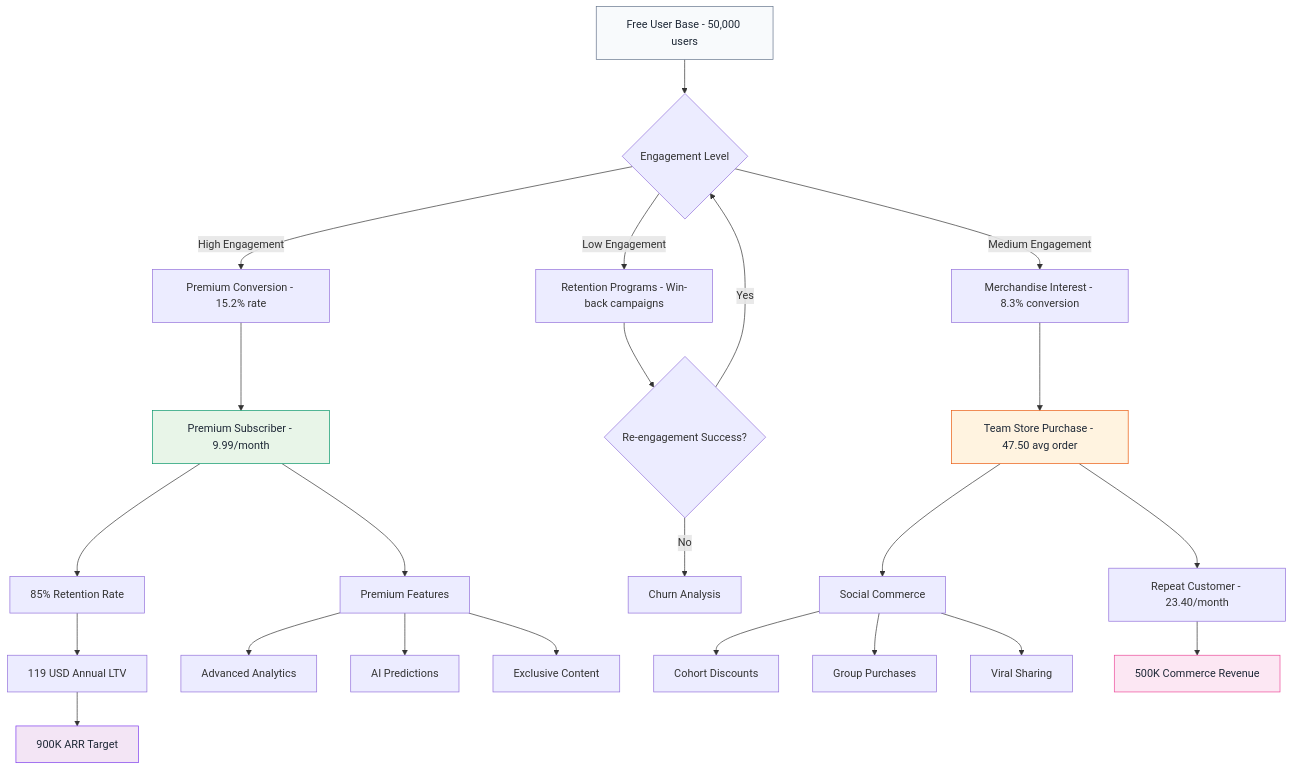
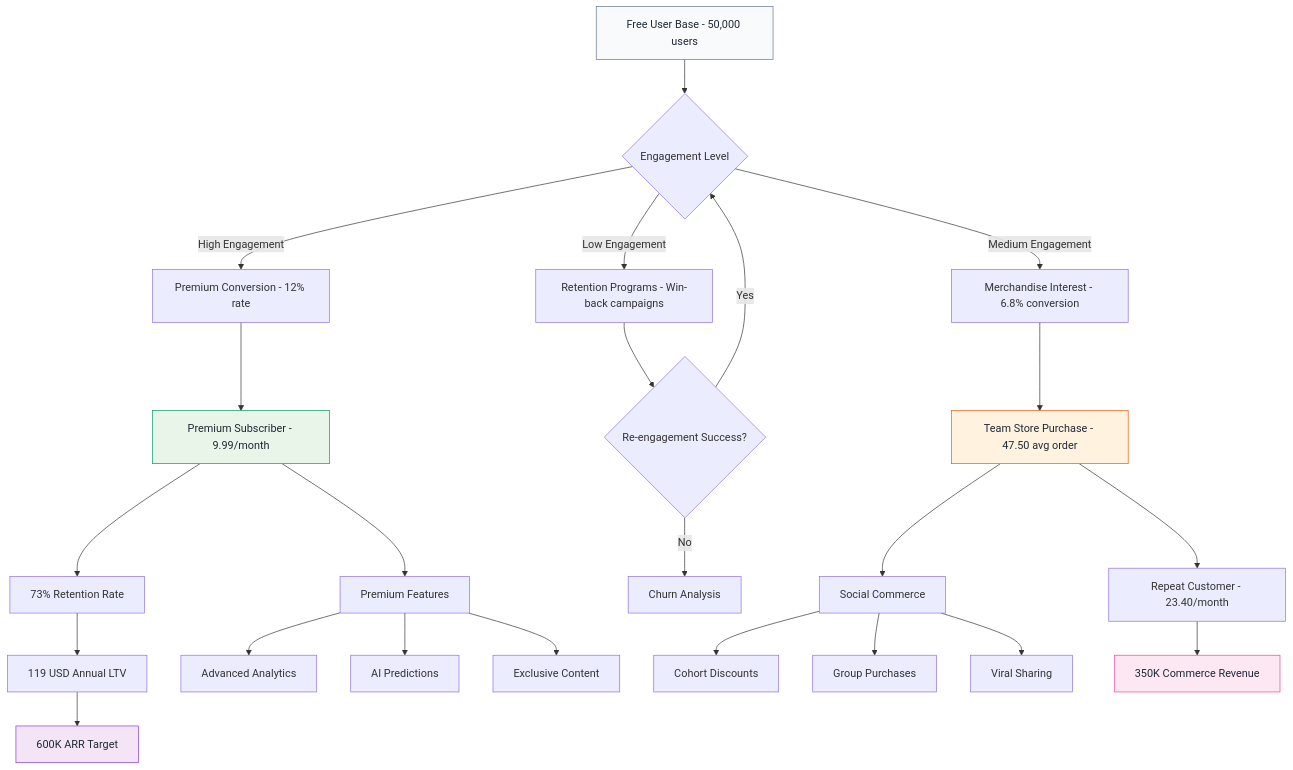
One commit to SkaFld-Ignite/ref-u-wireframes changed the third of 9 diagrams in docs/investor-flows.md. Above: the diagram before and after it, drawn with Mermaid. The commit also changed other lines of this file, not shown here.

Commit message:
Add comprehensive citations and realistic statistics to investor flows

````diff
--- a/docs/investor-flows.md
+++ b/docs/investor-flows.md
@@ -102,38 +132,38 @@
 ```mermaid
 graph TD
     A[Free User Base - 50,000 users] --> B{Engagement Level}
     
-    B -->|High Engagement| C[Premium Conversion - 15.2% rate]
-    B -->|Medium Engagement| D[Merchandise Interest - 8.3% conversion]
+    B -->|High Engagement| C[Premium Conversion - 12% rate]
+    B -->|Medium Engagement| D[Merchandise Interest - 6.8% conversion]
     B -->|Low Engagement| E[Retention Programs - Win-back campaigns]
     
     C --> F[Premium Subscriber - 9.99/month]
-    F --> G[85% Retention Rate]
+    F --> G[73% Retention Rate]
     G --> H[119 USD Annual LTV]
     
     D --> I[Team Store Purchase - 47.50 avg order]
     I --> J[Repeat Customer - 23.40/month]
     
     E --> K{Re-engagement Success?}
     K -->|Yes| B
     K -->|No| L[Churn Analysis]
     
     F --> M[Premium Features]
     M --> N[Advanced Analytics]
     M --> O[AI Predictions]
     M --> P[Exclusive Content]
     
     I --> Q[Social Commerce]
     Q --> R[Cohort Discounts]
     Q --> S[Group Purchases]
     Q --> T[Viral Sharing]
     
-    H --> U[900K ARR Target]
-    J --> V[500K Commerce Revenue]
+    H --> U[600K ARR Target]
+    J --> V[350K Commerce Revenue]
     
     style A fill:#f8fafc,stroke:#64748b,color:#1f2937
     style F fill:#e8f5e8,stroke:#059669,color:#1f2937
     style I fill:#fff3e0,stroke:#ea580c,color:#1f2937
     style U fill:#f3e5f5,stroke:#7c3aed,color:#1f2937
     style V fill:#fce7f3,stroke:#ec4899,color:#1f2937
 ```
````
